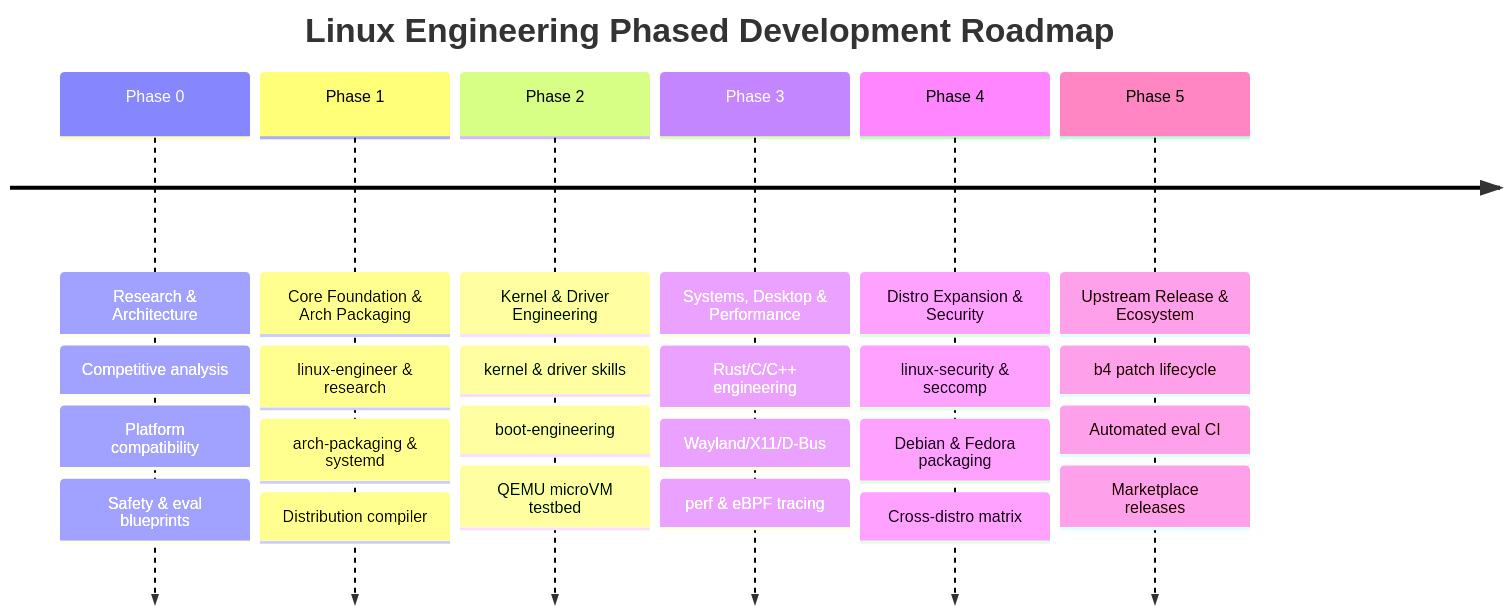
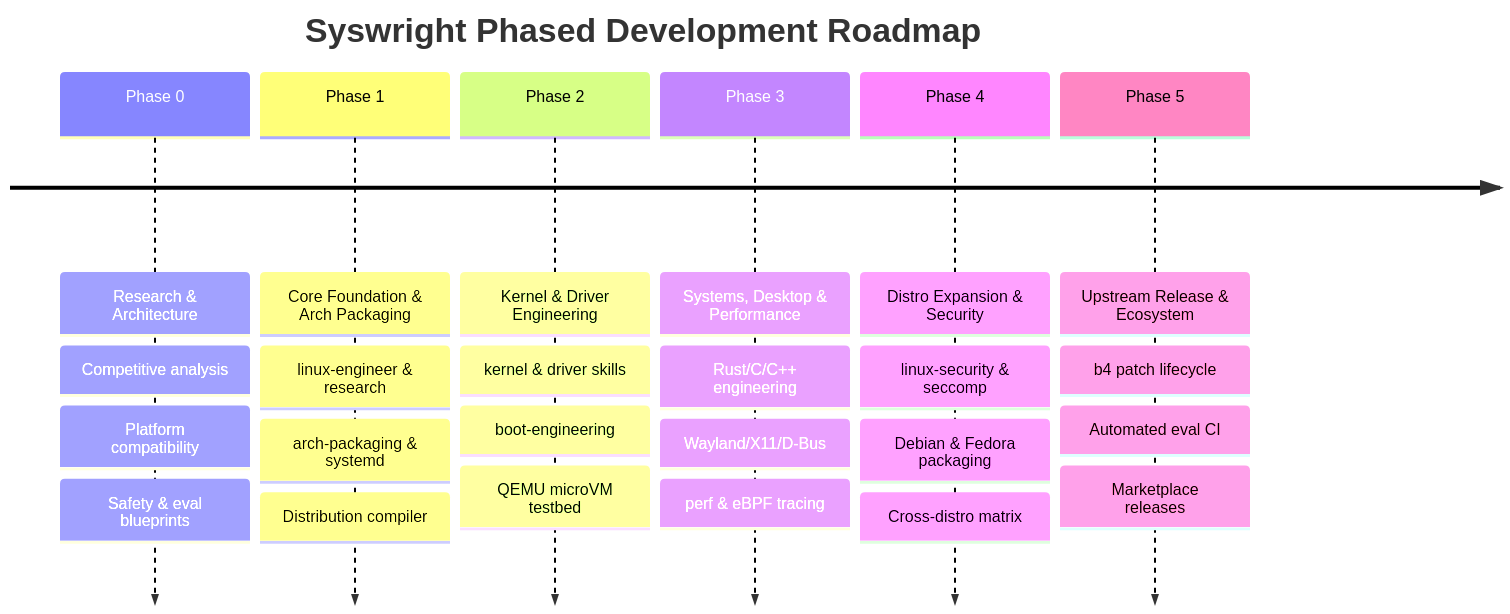
The diagram in docs/phase-0/10-roadmap-and-phase-1.md (eshanized/SysWright), drawn with Mermaid before and after one commit. The commit also changed other lines of this file and 88 other files, not shown here.

First line of the commit message:
refactor: project branding from "Linux Engineering" to "Syswright"

````diff
--- a/docs/phase-0/10-roadmap-and-phase-1.md
+++ b/docs/phase-0/10-roadmap-and-phase-1.md
@@ -7,10 +7,10 @@
 ```mermaid
 timeline
-    title Linux Engineering Phased Development Roadmap
+    title Syswright Phased Development Roadmap
     Phase 0 : Research & Architecture : Competitive analysis : Platform compatibility : Safety & eval blueprints
     Phase 1 : Core Foundation & Arch Packaging : linux-engineer & research : arch-packaging & systemd : Distribution compiler
     Phase 2 : Kernel & Driver Engineering : kernel & driver skills : boot-engineering : QEMU microVM testbed
     Phase 3 : Systems, Desktop & Performance : Rust/C/C++ engineering : Wayland/X11/D-Bus : perf & eBPF tracing
     Phase 4 : Distro Expansion & Security : linux-security & seccomp : Debian & Fedora packaging : Cross-distro matrix
     Phase 5 : Upstream Release & Ecosystem : b4 patch lifecycle : Automated eval CI : Marketplace releases
 ```
````
